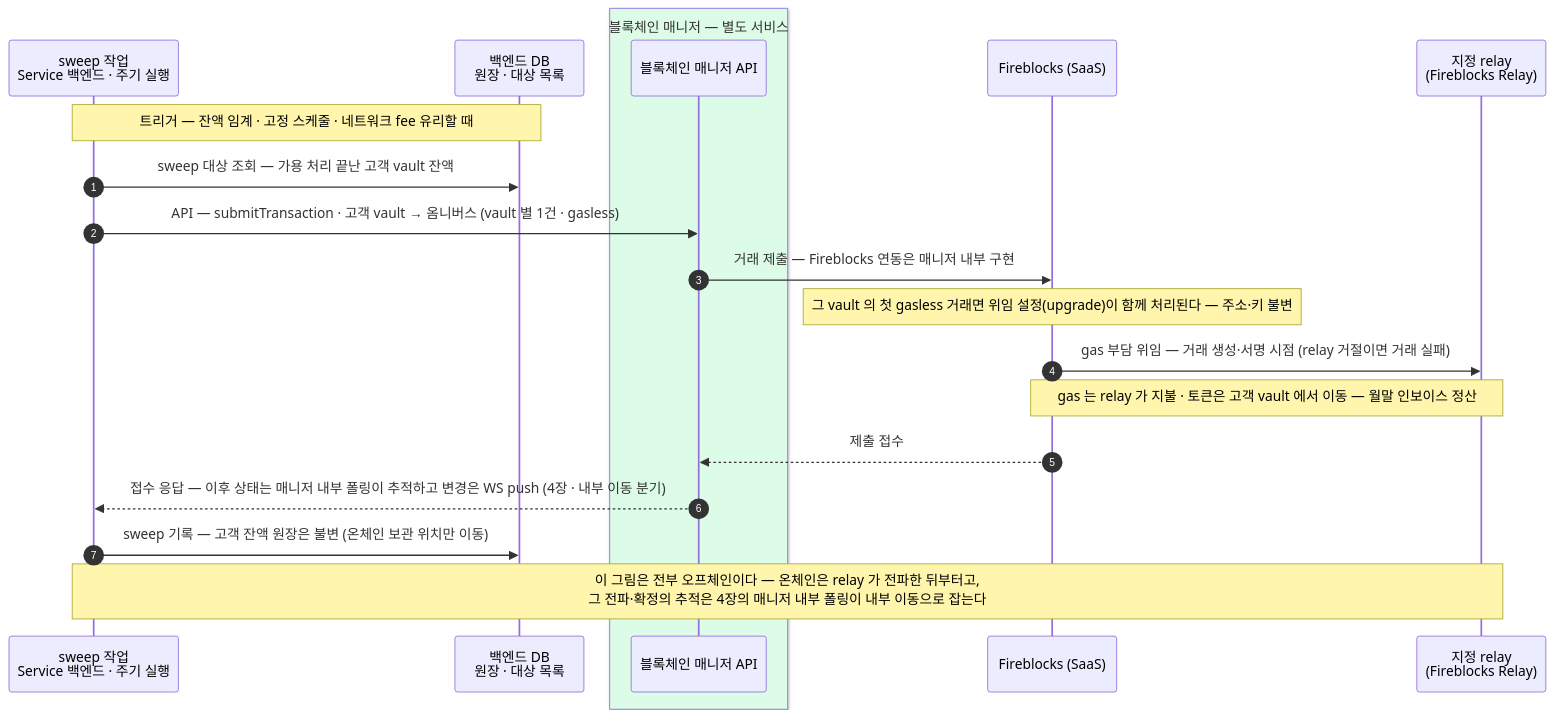
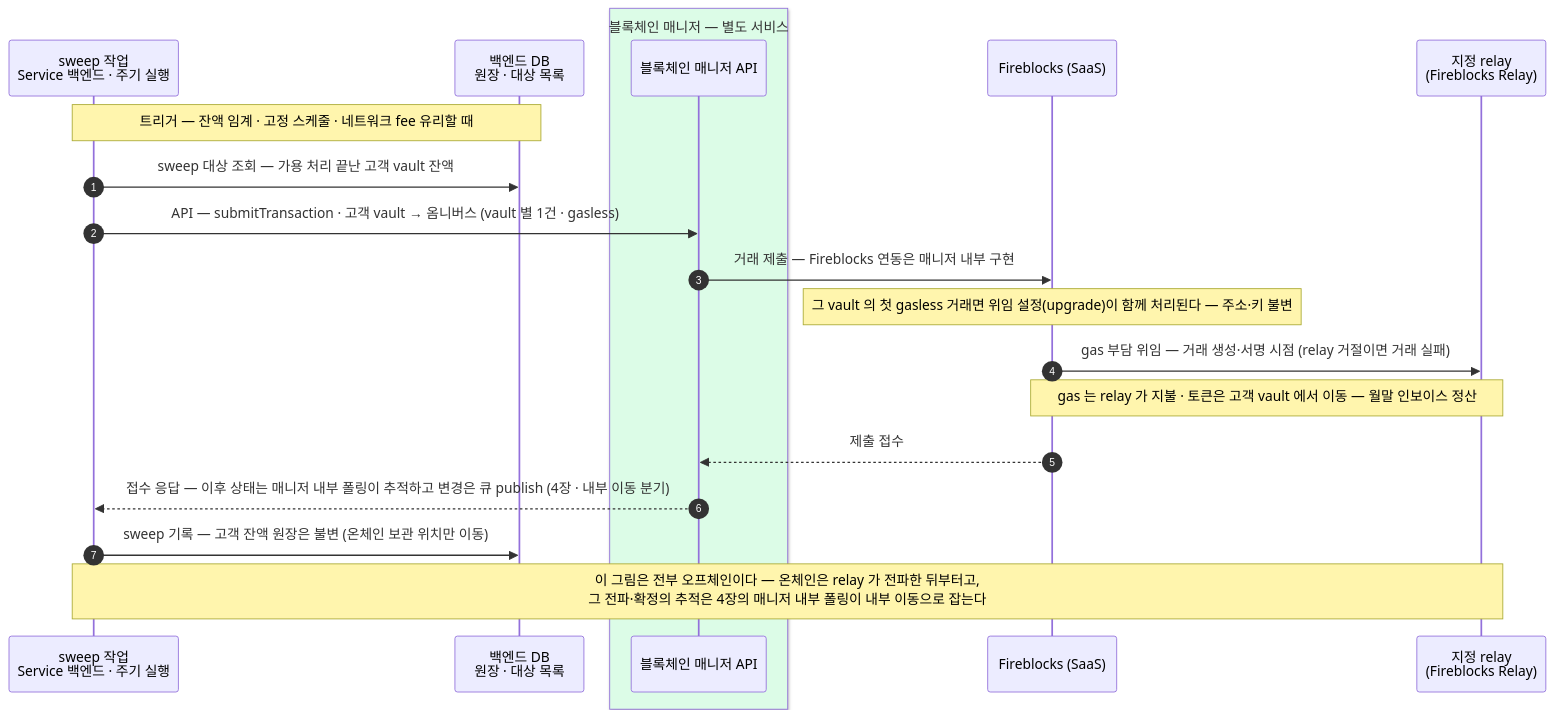
Before and after one commit to eunsujeo/eunpus: the second of 2 diagrams in blockchain-manager/docs/설계/05-deposit.md, drawn with Mermaid. The commit also changed other lines of this file and 6 other files, not shown here.

````diff
--- a/blockchain-manager/docs/설계/05-deposit.md
+++ b/blockchain-manager/docs/설계/05-deposit.md
@@ -82,23 +91,23 @@
 ```mermaid
 sequenceDiagram
     autonumber
     participant SW as sweep 작업<br/>Service 백엔드 · 주기 실행
     participant DB as 백엔드 DB<br/>원장 · 대상 목록
     box rgb(220,252,231) 블록체인 매니저 — 별도 서비스
     participant BM as 블록체인 매니저 API
     end
     participant FB as Fireblocks (SaaS)
     participant RL as 지정 relay<br/>(Fireblocks Relay)
 
     Note over SW,DB: 트리거 — 잔액 임계 · 고정 스케줄 · 네트워크 fee 유리할 때
     SW->>DB: sweep 대상 조회 — 가용 처리 끝난 고객 vault 잔액
     SW->>BM: API — submitTransaction · 고객 vault → 옴니버스 (vault 별 1건 · gasless)
     BM->>FB: 거래 제출 — Fireblocks 연동은 매니저 내부 구현
     Note over FB: 그 vault 의 첫 gasless 거래면 위임 설정(upgrade)이 함께 처리된다 — 주소·키 불변
     FB->>RL: gas 부담 위임 — 거래 생성·서명 시점 (relay 거절이면 거래 실패)
     Note over FB,RL: gas 는 relay 가 지불 · 토큰은 고객 vault 에서 이동 — 월말 인보이스 정산
     FB-->>BM: 제출 접수
-    BM-->>SW: 접수 응답 — 이후 상태는 매니저 내부 폴링이 추적하고 변경은 WS push (4장 · 내부 이동 분기)
+    BM-->>SW: 접수 응답 — 이후 상태는 매니저 내부 폴링이 추적하고 변경은 큐 publish (4장 · 내부 이동 분기)
     SW->>DB: sweep 기록 — 고객 잔액 원장은 불변 (온체인 보관 위치만 이동)
     Note over SW,RL: 이 그림은 전부 오프체인이다 — 온체인은 relay 가 전파한 뒤부터고,<br/>그 전파·확정의 추적은 4장의 매니저 내부 폴링이 내부 이동으로 잡는다
 ```
````
